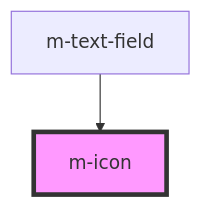
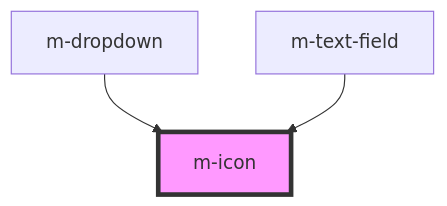
One commit to CESARBR/macaw changed the diagram in src/components/m-icon/readme.md. Above: the diagram before and after it, drawn with Mermaid. The commit also changed other lines of this file and 4 other files, not shown here.

````diff
--- a/src/components/m-icon/readme.md
+++ b/src/components/m-icon/readme.md
@@ -25,5 +26,6 @@
 ```mermaid
 graph TD;
+  m-dropdown --> m-icon
   m-text-field --> m-icon
   style m-icon fill:#f9f,stroke:#333,stroke-width:4px
 ```
````
